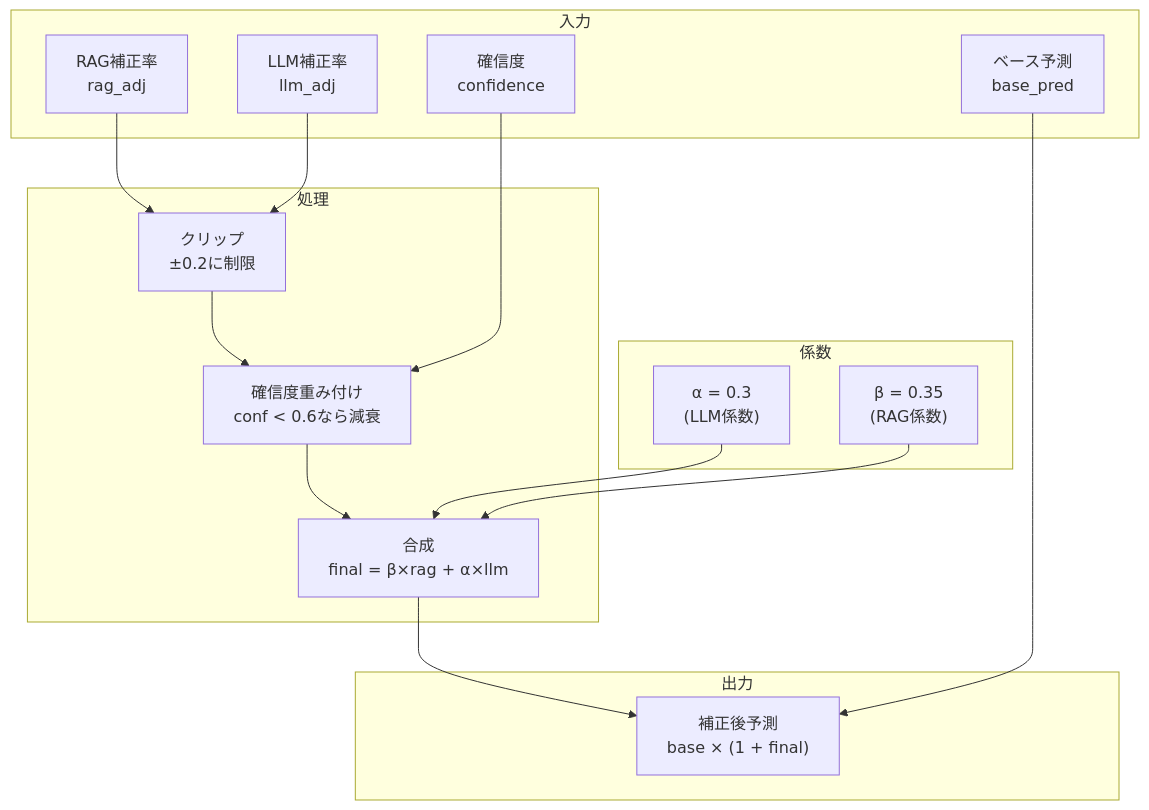
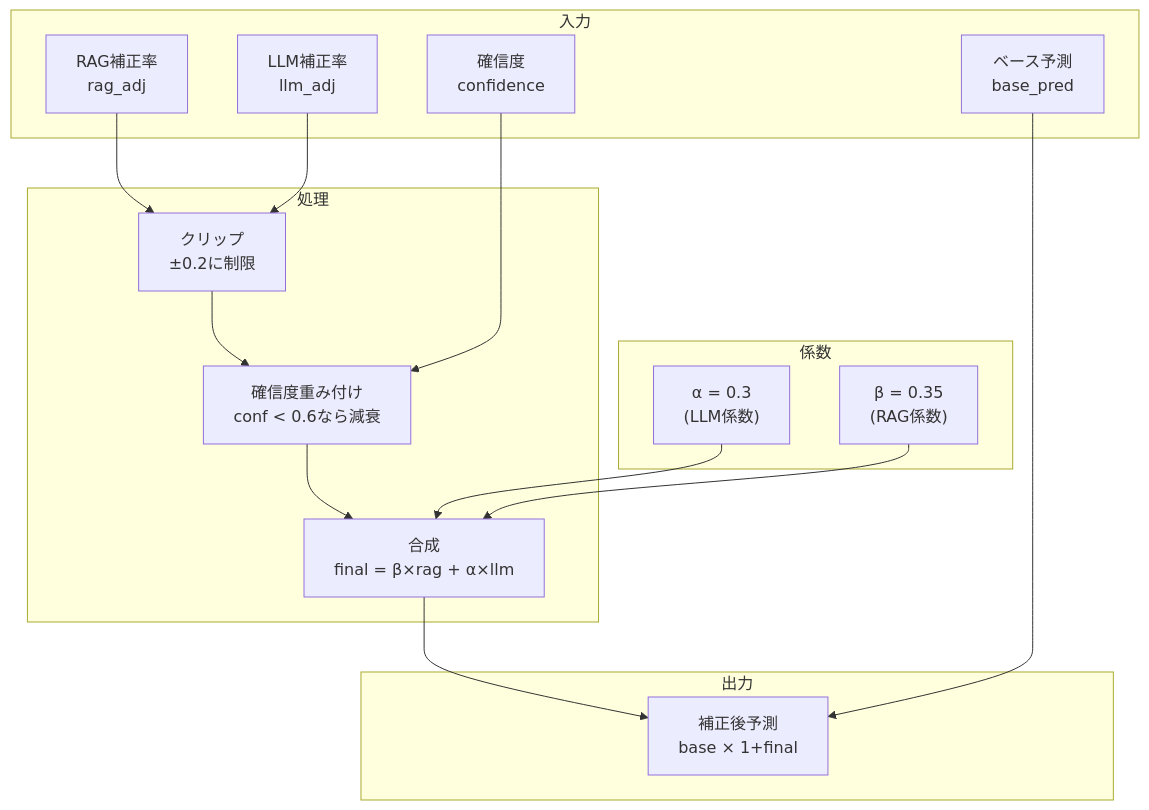
Before and after one commit to kiwiiosaru-jp/shinkijigyou_AI_Agent_demo: the sixth of 21 diagrams in power_demand_llm_final_report_v2.md, drawn with Mermaid. The commit also changed other lines of this file, not shown here.

````diff
--- a/power_demand_llm_final_report_v2.md
+++ b/power_demand_llm_final_report_v2.md
@@ -522,34 +522,34 @@
 ```mermaid
 flowchart TD
     subgraph Input["入力"]
         RAG["RAG補正率<br/>rag_adj"]
         LLM["LLM補正率<br/>llm_adj"]
         CONF["確信度<br/>confidence"]
         BASE["ベース予測<br/>base_pred"]
     end
 
     subgraph Coefficients["係数"]
         ALPHA["α = 0.3<br/>(LLM係数)"]
         BETA["β = 0.35<br/>(RAG係数)"]
     end
 
     subgraph Processing["処理"]
         CLIP["クリップ<br/>±0.2に制限"]
         CONF_WEIGHT["確信度重み付け<br/>conf < 0.6なら減衰"]
         COMBINE["合成<br/>final = β×rag + α×llm"]
     end
 
     subgraph Output["出力"]
-        FINAL["補正後予測<br/>base × (1 + final)"]
+        FINAL["補正後予測<br/>base × 1+final"]
     end
 
     RAG --> CLIP
     LLM --> CLIP
     CLIP --> CONF_WEIGHT
     CONF --> CONF_WEIGHT
     CONF_WEIGHT --> COMBINE
     ALPHA --> COMBINE
     BETA --> COMBINE
     COMBINE --> FINAL
     BASE --> FINAL
 ```
````
